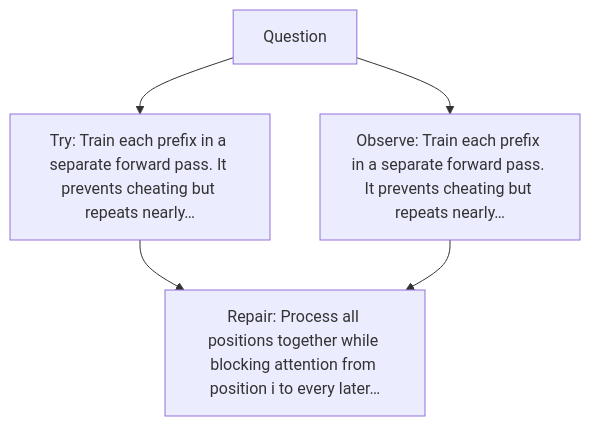
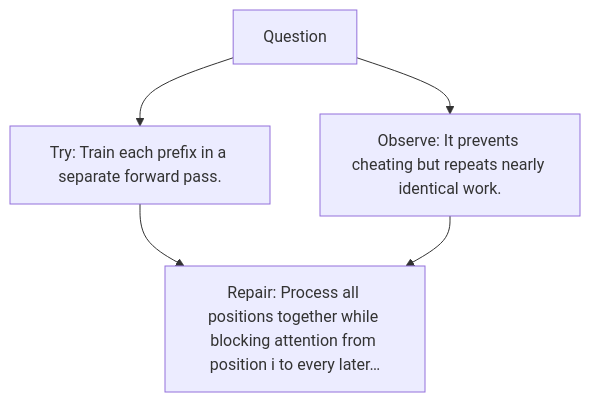
The diagram in excavations/039-causal-mask/diagram.md (kleem-labs/AI-Archaeology), drawn with Mermaid before and after one commit. The commit also changed other lines of this file and 165 other files, not shown here.

````diff
--- a/excavations/039-causal-mask/diagram.md
+++ b/excavations/039-causal-mask/diagram.md
@@ -5,7 +5,7 @@
 ```mermaid
 flowchart TD
-    A["Question"] --> B["Try: Train each prefix in a separate forward pass. It prevents cheating but repeats nearly…"]
-    A --> C["Observe: Train each prefix in a separate forward pass. It prevents cheating but repeats nearly…"]
+    A["Question"] --> B["Try: Train each prefix in a separate forward pass."]
+    A --> C["Observe: It prevents cheating but repeats nearly identical work."]
     B --> D["Repair: Process all positions together while blocking attention from position i to every later…"]
     C --> D
 ```
````
